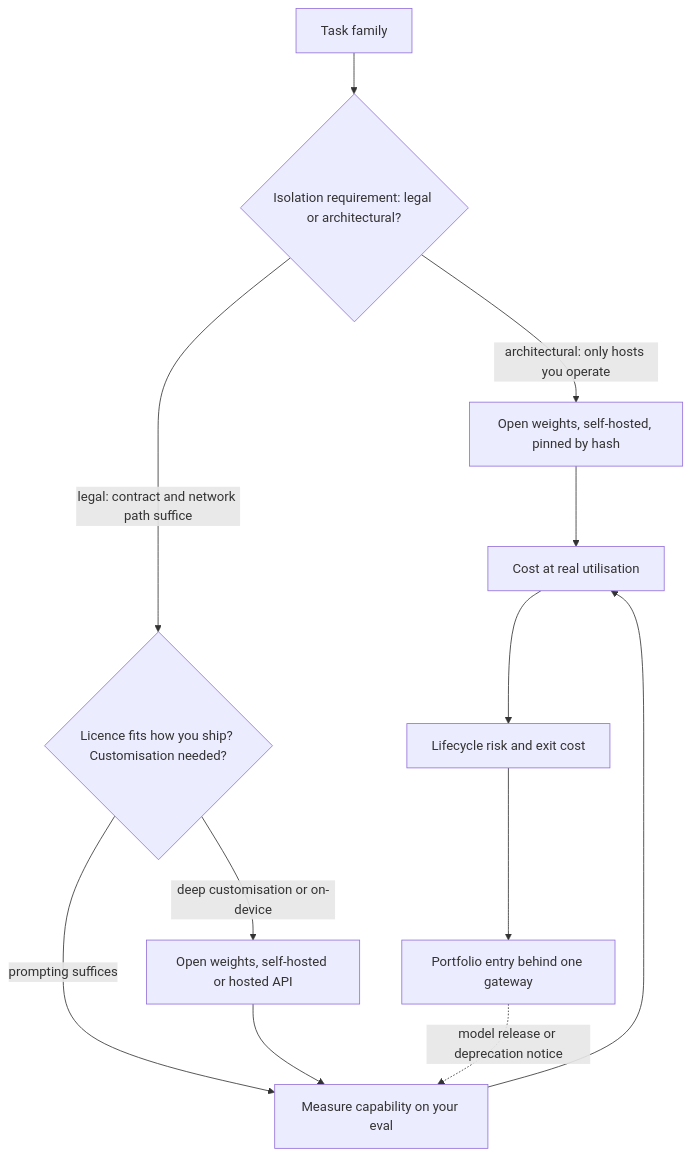
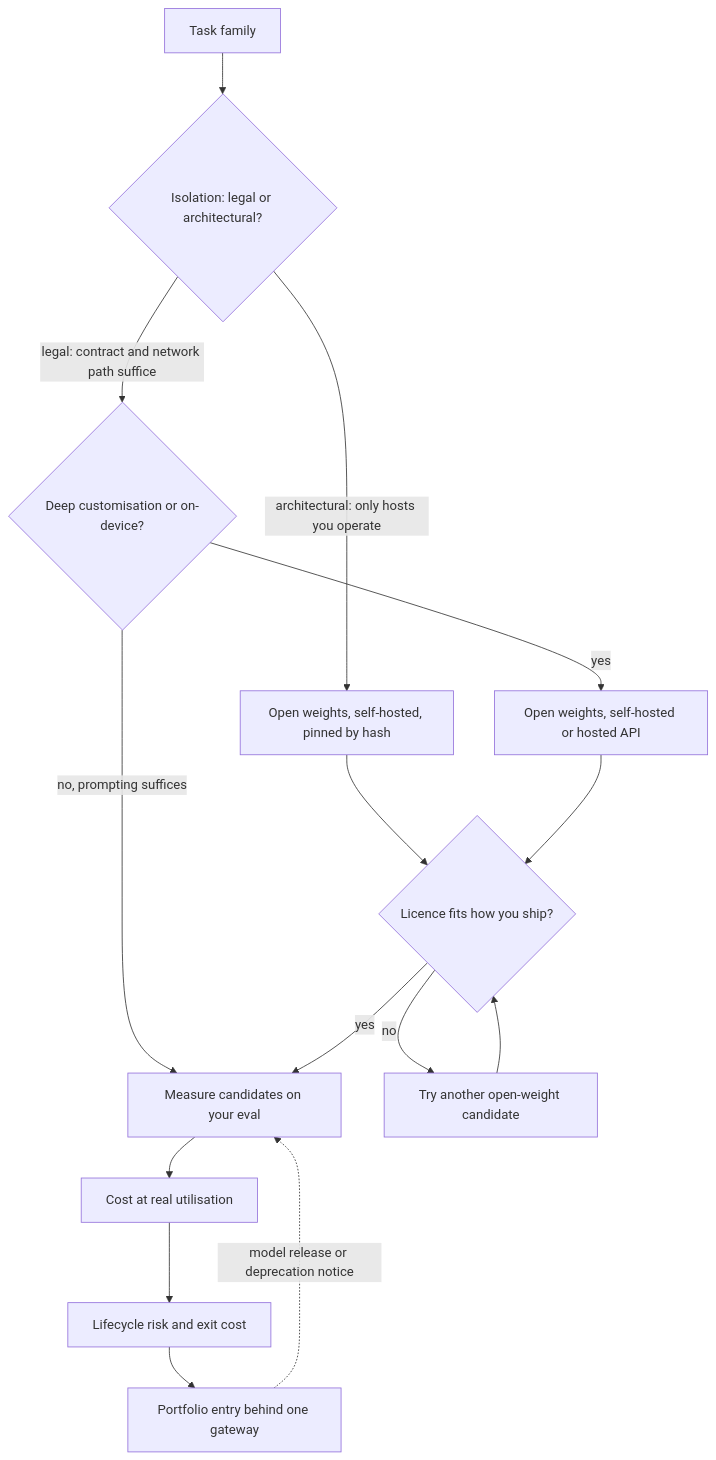
The diagram in content/system-design/open-weight-vs-proprietary.md (lovishmahajan97/agentic-learning), drawn with Mermaid before and after one commit. The commit also changed other lines of this file and 213 other files, not shown here.

````diff
--- a/content/system-design/open-weight-vs-proprietary.md
+++ b/content/system-design/open-weight-vs-proprietary.md
@@ -115,14 +116,17 @@
 ```mermaid
 flowchart TD
-    S["Task family"] --> I{"Isolation requirement: legal or architectural?"}
+    S["Task family"] --> I{"Isolation: legal or architectural?"}
     I -->|"architectural: only hosts you operate"| OW["Open weights, self-hosted, pinned by hash"]
-    I -->|"legal: contract and network path suffice"| L{"Licence fits how you ship? Customisation needed?"}
-    L -->|"deep customisation or on-device"| OWH["Open weights, self-hosted or hosted API"]
-    L -->|"prompting suffices"| CAP["Measure capability on your eval"]
-    OWH --> CAP
+    I -->|"legal: contract and network path suffice"| L{"Deep customisation or on-device?"}
+    L -->|"yes"| OWH["Open weights, self-hosted or hosted API"]
+    L -->|"no, prompting suffices"| CAP["Measure candidates on your eval"]
+    OW --> LIC{"Licence fits how you ship?"}
+    OWH --> LIC
+    LIC -->|"yes"| CAP
+    LIC -->|"no"| NX["Try another open-weight candidate"]
+    NX --> LIC
     CAP --> COST["Cost at real utilisation"]
-    OW --> COST
     COST --> LIFE["Lifecycle risk and exit cost"]
     LIFE --> P["Portfolio entry behind one gateway"]
     P -.->|"model release or deprecation notice"| CAP
 ```
````
